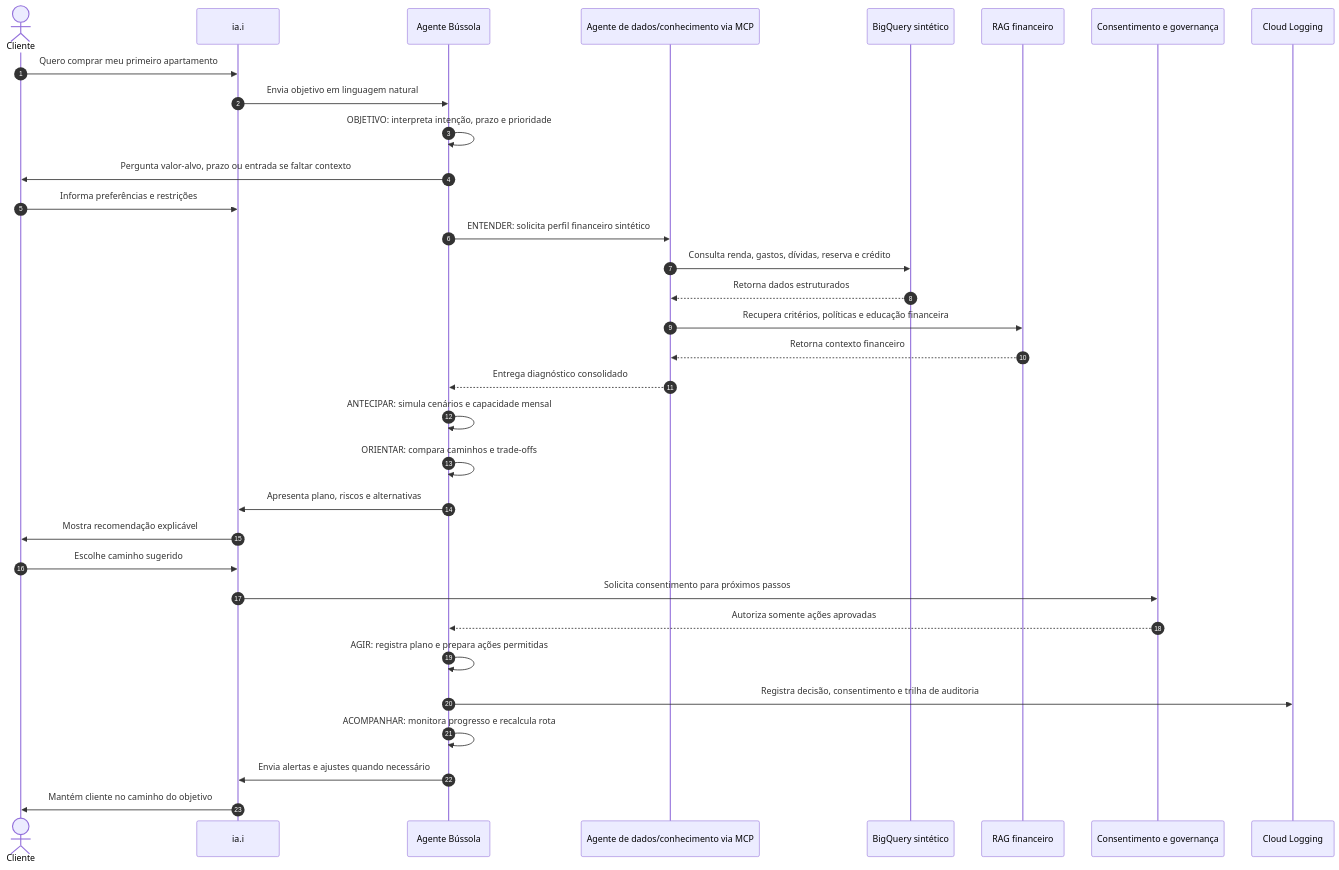
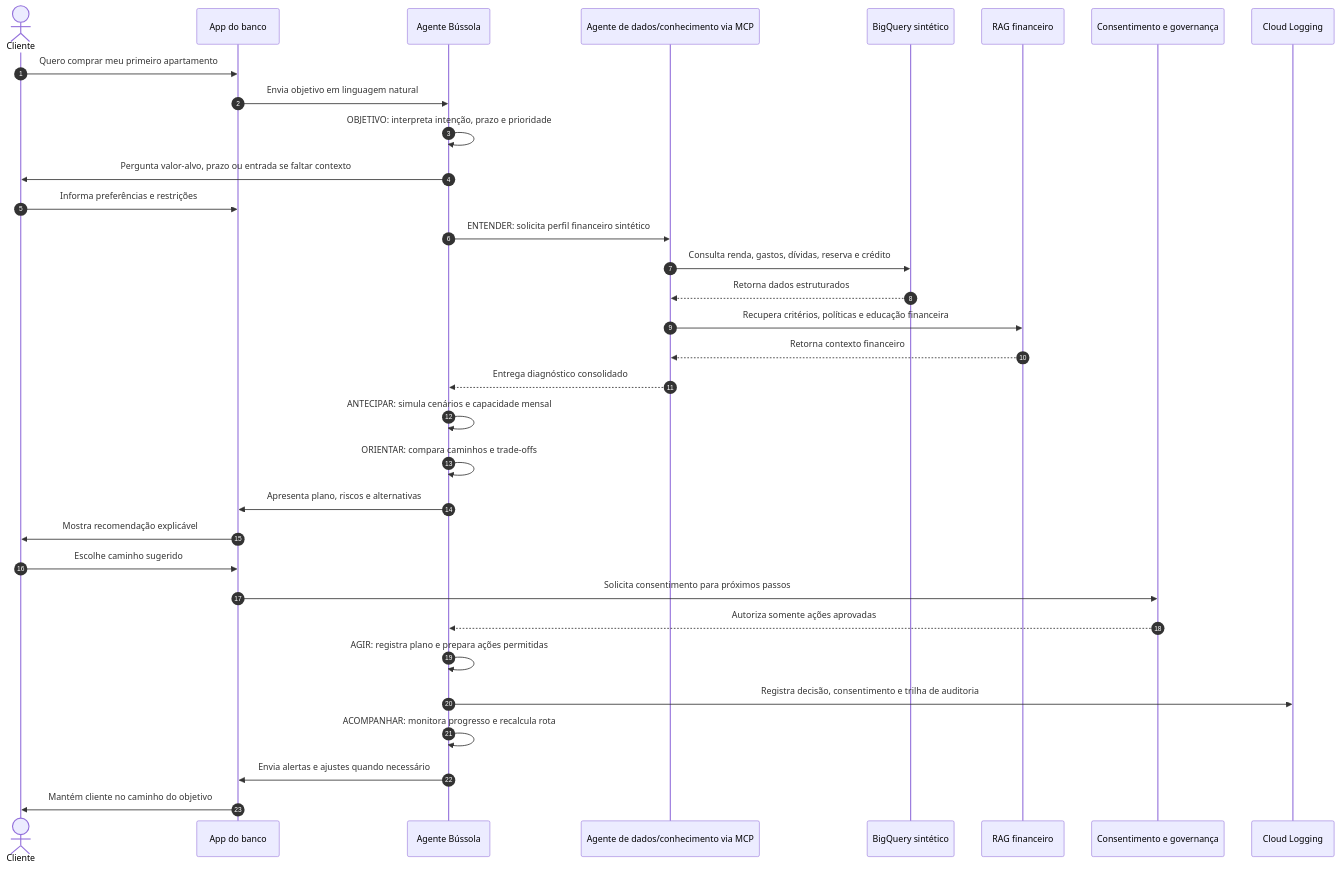
Before and after one commit to eusouakell/bussola: the diagram in docs/jornada-agentic.md, drawn with Mermaid. The commit also changed 75 other files, not shown here.

````diff
--- a/docs/jornada-agentic.md
+++ b/docs/jornada-agentic.md
@@ -11,40 +11,40 @@
 ```mermaid
 sequenceDiagram
     autonumber
     actor Cliente
-    participant IAI as ia.i
+    participant IAI as App do banco
     participant Bussola as Agente Bússola
     participant Dados as Agente de dados/conhecimento via MCP
     participant BQ as BigQuery sintético
     participant RAG as RAG financeiro
     participant Gov as Consentimento e governança
     participant Obs as Cloud Logging
 
     Cliente->>IAI: Quero comprar meu primeiro apartamento
     IAI->>Bussola: Envia objetivo em linguagem natural
     Bussola->>Bussola: OBJETIVO: interpreta intenção, prazo e prioridade
     Bussola->>Cliente: Pergunta valor-alvo, prazo ou entrada se faltar contexto
     Cliente->>IAI: Informa preferências e restrições
 
     Bussola->>Dados: ENTENDER: solicita perfil financeiro sintético
     Dados->>BQ: Consulta renda, gastos, dívidas, reserva e crédito
     BQ-->>Dados: Retorna dados estruturados
     Dados->>RAG: Recupera critérios, políticas e educação financeira
     RAG-->>Dados: Retorna contexto financeiro
     Dados-->>Bussola: Entrega diagnóstico consolidado
 
     Bussola->>Bussola: ANTECIPAR: simula cenários e capacidade mensal
     Bussola->>Bussola: ORIENTAR: compara caminhos e trade-offs
     Bussola->>IAI: Apresenta plano, riscos e alternativas
     IAI->>Cliente: Mostra recomendação explicável
 
     Cliente->>IAI: Escolhe caminho sugerido
     IAI->>Gov: Solicita consentimento para próximos passos
     Gov-->>Bussola: Autoriza somente ações aprovadas
     Bussola->>Bussola: AGIR: registra plano e prepara ações permitidas
     Bussola->>Obs: Registra decisão, consentimento e trilha de auditoria
 
     Bussola->>Bussola: ACOMPANHAR: monitora progresso e recalcula rota
     Bussola->>IAI: Envia alertas e ajustes quando necessário
     IAI->>Cliente: Mantém cliente no caminho do objetivo
 ```
````
